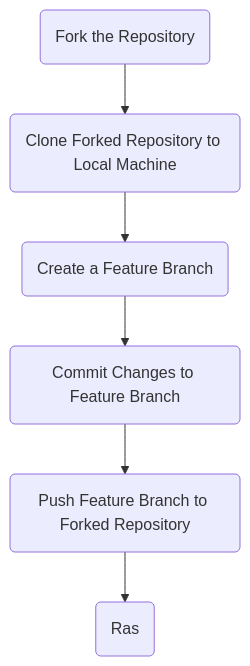
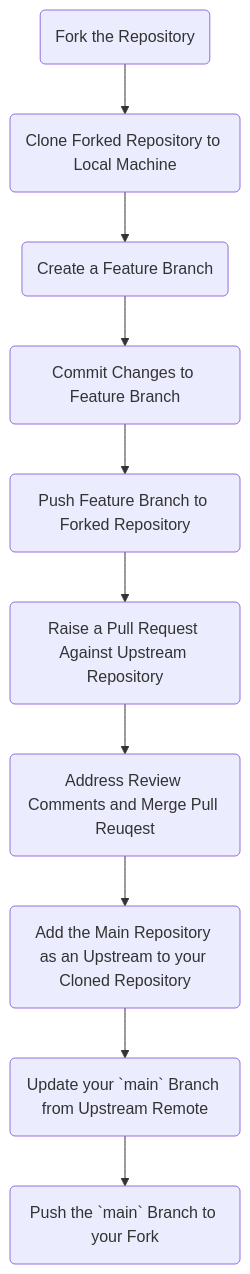
The diagram in 2-AREAS/Development/Git and Github Contribution Lifecycle.md (jimbrig/Template-Vault), drawn with Mermaid before and after one commit. The commit also changed 1 other file, not shown here.

Commit message:
vault backup: 2022-07-31 17:05:17
Affected files:
.obsidian/workspace
2-AREAS/Development/Git and Github Contribution Lifecycle.md

````diff
--- a/2-AREAS/Development/Git and Github Contribution Lifecycle.md
+++ b/2-AREAS/Development/Git and Github Contribution Lifecycle.md
@@ -16,10 +16,12 @@
 ```mermaid
 flowchart TB
 	Step1(Fork the Repository) --> Step2(Clone Forked Repository to Local Machine)
 	Step2 --> Step3(Create a Feature Branch)
 	Step3 --> Step4(Commit Changes to Feature Branch)
 	Step4 --> Step5(Push Feature Branch to Forked Repository)
-	Step5 --> Step6(Ras)
-
-
+	Step5 --> Step6(Raise a Pull Request Against Upstream Repository)
+	Step6 --> Step7(Address Review Comments and Merge Pull Reuqest)
+	Step7 --> Step8(Add the Main Repository as an Upstream to your Cloned Repository)
+	Step8 --> Step9(Update your `main` Branch from Upstream Remote)
+	Step9 --> Step10(Push the `main` Branch to your Fork)
 ```
````
